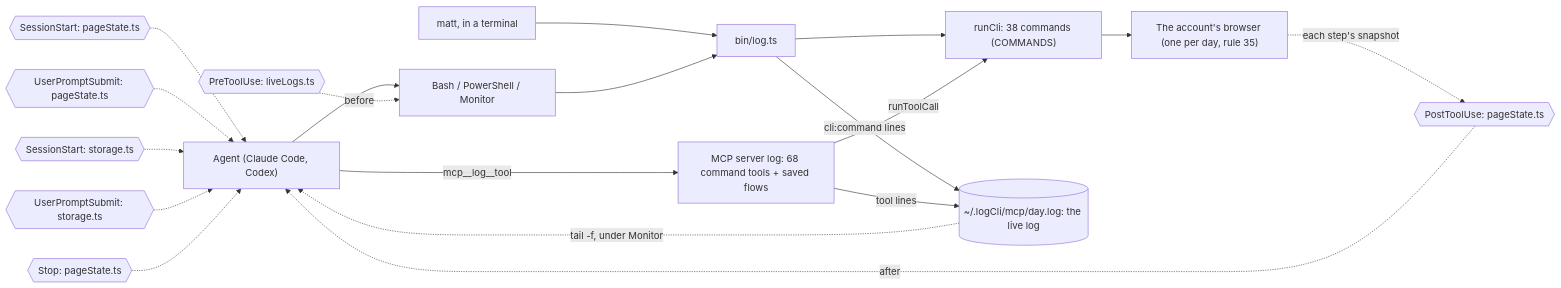
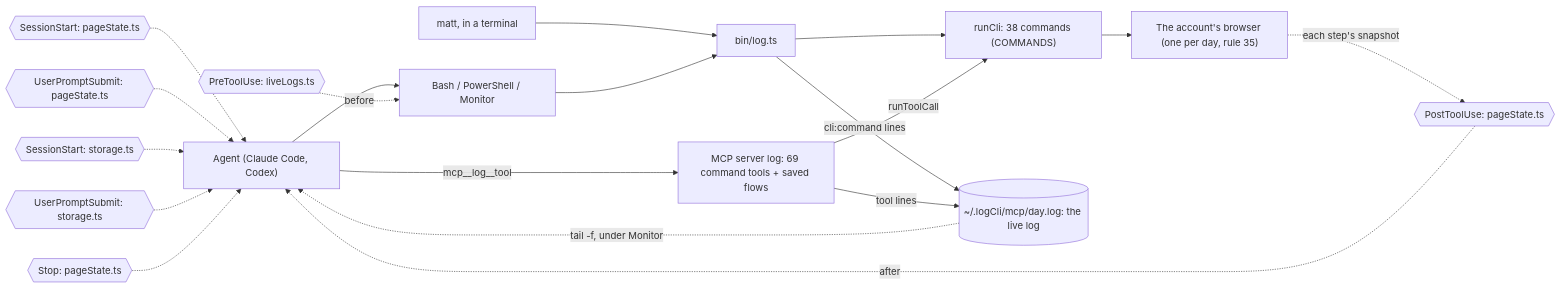
Before and after one commit to matthewdonsemail-lab/log: the second of 5 diagrams in README.md, drawn with Mermaid. The commit also changed other lines of this file and 9 other files, not shown here.

Commit message:
feat(listing): a blocked account's listings are dead: checkpoint and wrong password count as blocked, the host and flows record the account's issue, listing sweep marks what was left

````diff
--- a/README.md
+++ b/README.md
@@ -128,29 +128,29 @@
 ```mermaid
 flowchart LR
   agent["Agent (Claude Code, Codex)"]
   matt["matt, in a terminal"]
   shell["Bash / PowerShell / Monitor"]
-  mcp["MCP server log: 68 command tools + saved flows"]
+  mcp["MCP server log: 69 command tools + saved flows"]
   bin["bin/log.ts"]
   runCli["runCli: 38 commands (COMMANDS)"]
   live[("~/.logCli/mcp/day.log: the live log")]
   browser["The account's browser (one per day, rule 35)"]
   agent --> shell
   matt --> bin
   shell --> bin
   agent -->|mcp__log__tool| mcp
   bin --> runCli
   mcp -->|runToolCall| runCli
   runCli --> browser
   bin -->|cli:command lines| live
   mcp -->|tool lines| live
   live -.->|tail -f, under Monitor| agent
   pre0{{"PreToolUse: liveLogs.ts"}} -.->|before| shell
   post0{{"PostToolUse: pageState.ts"}} -.->|after| agent
   turn0{{"SessionStart: pageState.ts"}} -.-> agent
   turn1{{"UserPromptSubmit: pageState.ts"}} -.-> agent
   turn2{{"SessionStart: storage.ts"}} -.-> agent
   turn3{{"UserPromptSubmit: storage.ts"}} -.-> agent
   turn4{{"Stop: pageState.ts"}} -.-> agent
   browser -.->|each step's snapshot| post0
 ```
````
